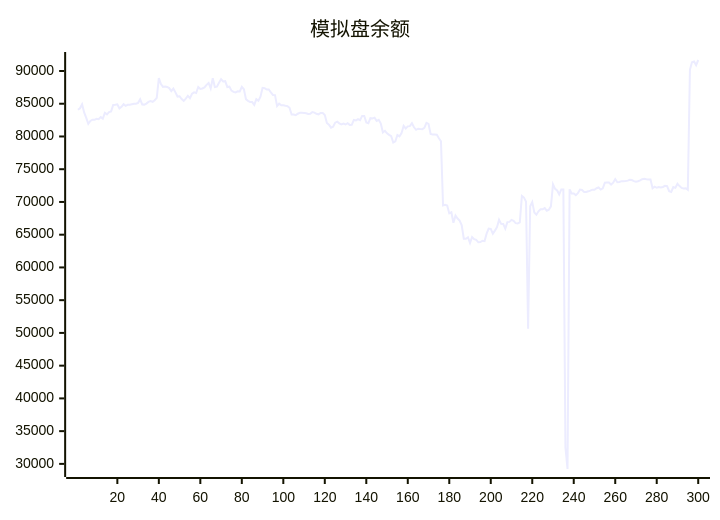
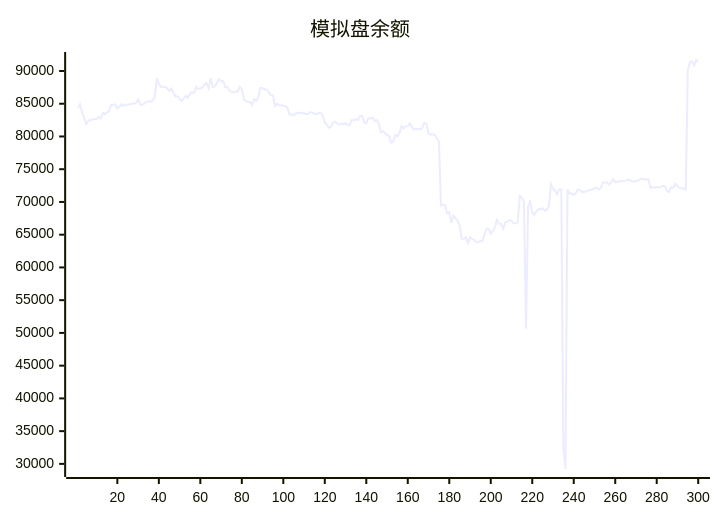
One commit to aahl/ai-trading changed the diagram in README.md. Above: the diagram before and after it, drawn with Mermaid. The commit also changed other lines of this file and 1 other file, not shown here.

````diff
--- a/README.md
+++ b/README.md
@@ -5,5 +5,5 @@
 ```mermaid
 xychart
     title "模拟盘余额"
-    line [84070,84309,84922,83667,82850,81924,82369,82552,82539,82695,82648,82962,82728,83619,83378,83710,83825,84819,84854,84917,84265,84527,84919,84668,84834,84850,84916,84981,85004,85131,85674,84891,84864,85019,85284,85393,85294,85538,85894,88904,88012,87567,87625,87568,87386,86920,87313,86737,86094,86143,85725,85437,85787,86219,85859,86526,86740,86630,87563,87264,87335,87483,87886,88180,87335,88894,87544,87608,88207,88755,88401,88444,87543,87608,87000,86810,86740,86894,86884,87576,87209,85686,85435,85251,85255,84820,85689,85453,86066,87420,87373,87161,87178,86740,86341,86315,84643,85012,84772,84768,84690,84635,84376,83360,83357,83259,83474,83608,83606,83602,83548,83440,83454,83724,83644,83464,83365,83590,83592,83275,82072,81806,81344,81492,82109,82254,82006,81848,81955,81829,82022,81769,81776,82522,82441,82656,82498,83144,83144,82150,82038,82797,82763,82872,82367,82536,81981,80612,80862,80484,80242,80034,79063,79245,80226,80016,80507,81625,81233,81544,81578,82016,81401,81019,81186,81130,81118,81306,82066,81909,80392,80304,80291,80258,79729,79261,69466,69579,69456,68251,68415,66832,67911,67462,67144,66432,64380,64375,64606,63740,64647,64324,64216,63842,63877,64078,64008,65156,65945,65888,65157,65625,66144,67284,66653,66639,65924,66925,66956,67263,67108,66766,66729,66886,70927,70673,70049,50652,69334,69973,68400,68061,68578,68876,68879,69055,68662,68822,69329,72687,71999,71760,71162,71911,71896,32500,29218,71927,71297,71305,71044,71337,71883,71822,71536,71536,71622,71723,71880,71860,72100,72216,71887,72077,72940,72976,72966,72638,72948,73497,73004,73041,73173,73160,73186,73258,73375,73351,73173,73098,73161,73305,73474,73536,73457,73413,73412,72100,72333,72164,72272,72204,72285,72461,72421,71652,71521,72267,72157,72774,72424,72144,72060,72091,71858,90185,91338,91466,90900,91678]
+    line [84309,84922,83667,82850,81924,82369,82552,82539,82695,82648,82962,82728,83619,83378,83710,83825,84819,84854,84917,84265,84527,84919,84668,84834,84850,84916,84981,85004,85131,85674,84891,84864,85019,85284,85393,85294,85538,85894,88904,88012,87567,87625,87568,87386,86920,87313,86737,86094,86143,85725,85437,85787,86219,85859,86526,86740,86630,87563,87264,87335,87483,87886,88180,87335,88894,87544,87608,88207,88755,88401,88444,87543,87608,87000,86810,86740,86894,86884,87576,87209,85686,85435,85251,85255,84820,85689,85453,86066,87420,87373,87161,87178,86740,86341,86315,84643,85012,84772,84768,84690,84635,84376,83360,83357,83259,83474,83608,83606,83602,83548,83440,83454,83724,83644,83464,83365,83590,83592,83275,82072,81806,81344,81492,82109,82254,82006,81848,81955,81829,82022,81769,81776,82522,82441,82656,82498,83144,83144,82150,82038,82797,82763,82872,82367,82536,81981,80612,80862,80484,80242,80034,79063,79245,80226,80016,80507,81625,81233,81544,81578,82016,81401,81019,81186,81130,81118,81306,82066,81909,80392,80304,80291,80258,79729,79261,69466,69579,69456,68251,68415,66832,67911,67462,67144,66432,64380,64375,64606,63740,64647,64324,64216,63842,63877,64078,64008,65156,65945,65888,65157,65625,66144,67284,66653,66639,65924,66925,66956,67263,67108,66766,66729,66886,70927,70673,70049,50652,69334,69973,68400,68061,68578,68876,68879,69055,68662,68822,69329,72687,71999,71760,71162,71911,71896,32500,29218,71927,71297,71305,71044,71337,71883,71822,71536,71536,71622,71723,71880,71860,72100,72216,71887,72077,72940,72976,72966,72638,72948,73497,73004,73041,73173,73160,73186,73258,73375,73351,73173,73098,73161,73305,73474,73536,73457,73413,73412,72100,72333,72164,72272,72204,72285,72461,72421,71652,71521,72267,72157,72774,72424,72144,72060,72091,71858,90185,91338,91466,90900,91678,91404]
 ```
````
